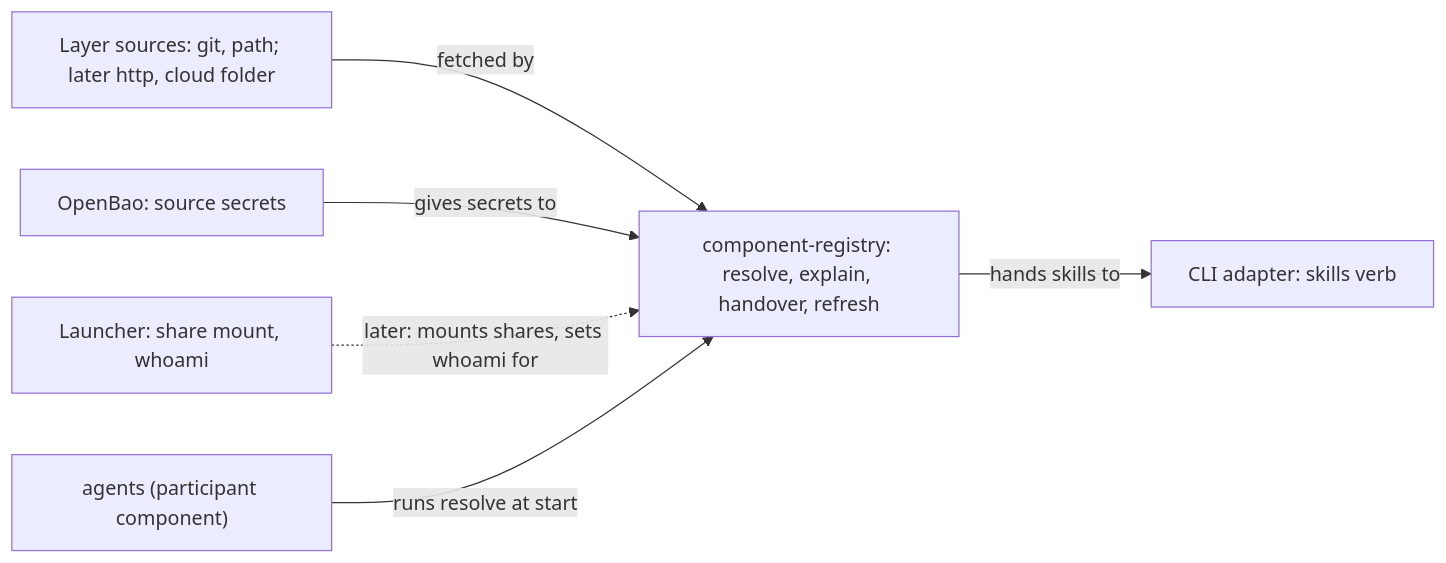
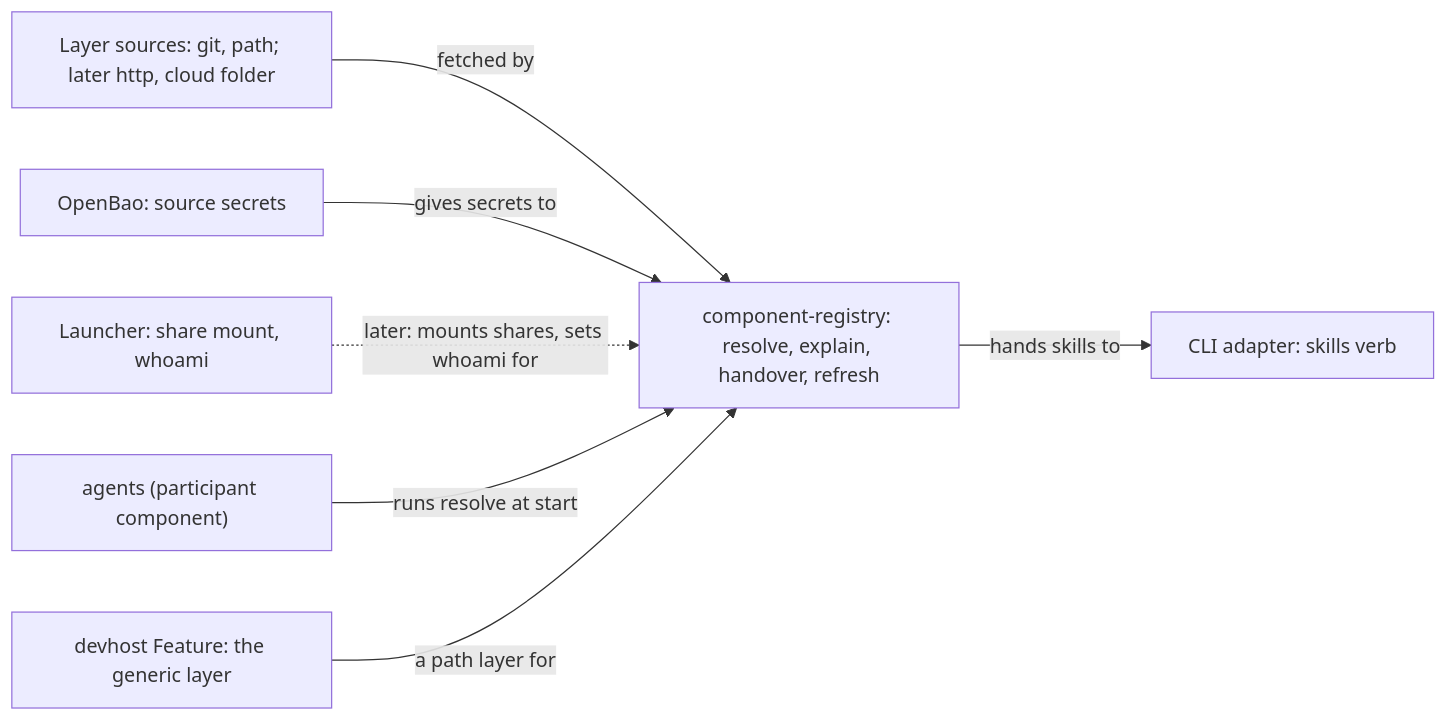
Before and after one commit to nabil-becker/devcontainer-features: the second of 2 diagrams in docs/model/c4-container.md, drawn with Mermaid. The commit also changed other lines of this file and 20 other files, not shown here.

First line of the commit message:
feat(component-registry): the first real use, architecture-review in two layers (devhost 1.16.0; component-registry-build)

````diff
--- a/docs/model/c4-container.md
+++ b/docs/model/c4-container.md
@@ -52,14 +54,15 @@
 ```mermaid
 flowchart LR
   component-registry["component-registry: resolve, explain, handover, refresh"]
   participant-component["agents (participant component)"]
   cli-adapter["CLI adapter: skills verb"]
   launcher["Launcher: share mount, whoami"]
   master-of-secrets["OpenBao: source secrets"]
   external-sources["Layer sources: git, path; later http, cloud folder"]
   external-sources -->|fetched by| component-registry
   master-of-secrets -->|gives secrets to| component-registry
   launcher -.->|later: mounts shares, sets whoami for| component-registry
   participant-component -->|runs resolve at start| component-registry
   component-registry -->|hands skills to| cli-adapter
+  devhost["devhost Feature: the generic layer"] -->|a path layer for| component-registry
 ```
````
